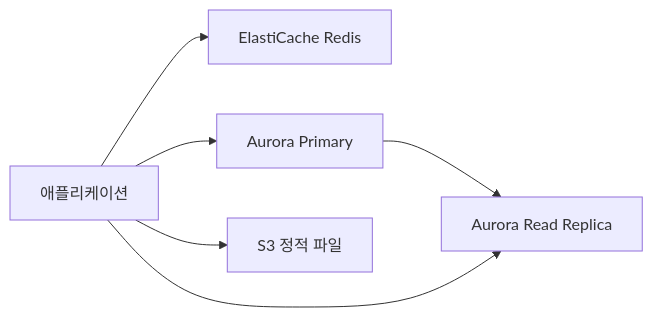
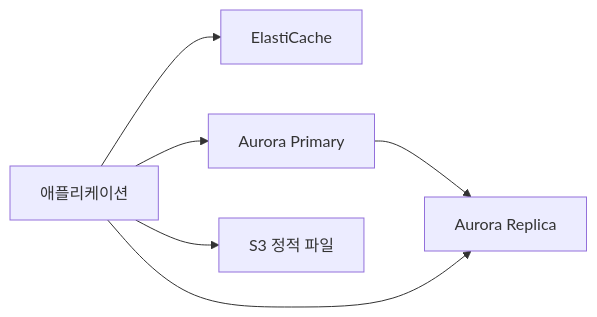
Before and after one commit to yjkim2015/yjkim2015.github.io: the eighth of 9 diagrams in _posts/cloud/2026-05-03-aws-core-services.md, drawn with Mermaid. The commit also changed other lines of this file and 132 other files, not shown here.

First line of the commit message:
Mermaid 다이어그램 가독성 정리: 단순 제거, 노드 축소, TD→LR 변환

````diff
--- a/_posts/cloud/2026-05-03-aws-core-services.md
+++ b/_posts/cloud/2026-05-03-aws-core-services.md
@@ -898,8 +898,8 @@
 ```mermaid
 graph LR
-    APP[애플리케이션] --> CACHE[ElastiCache Redis]
+    APP[애플리케이션] --> CACHE[ElastiCache]
     APP --> DB[Aurora Primary]
-    DB --> RR[Aurora Read Replica]
+    DB --> RR[Aurora Replica]
     APP --> RR
     APP --> S3[S3 정적 파일]
 ```
````
